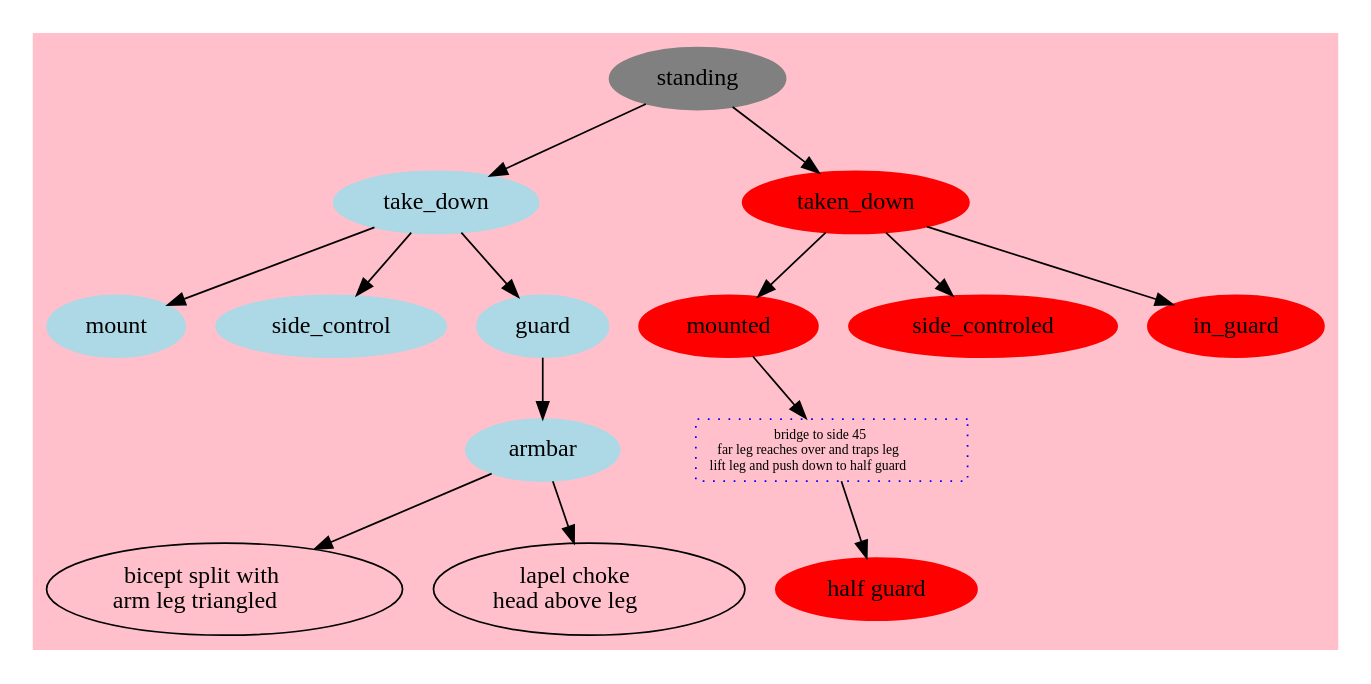
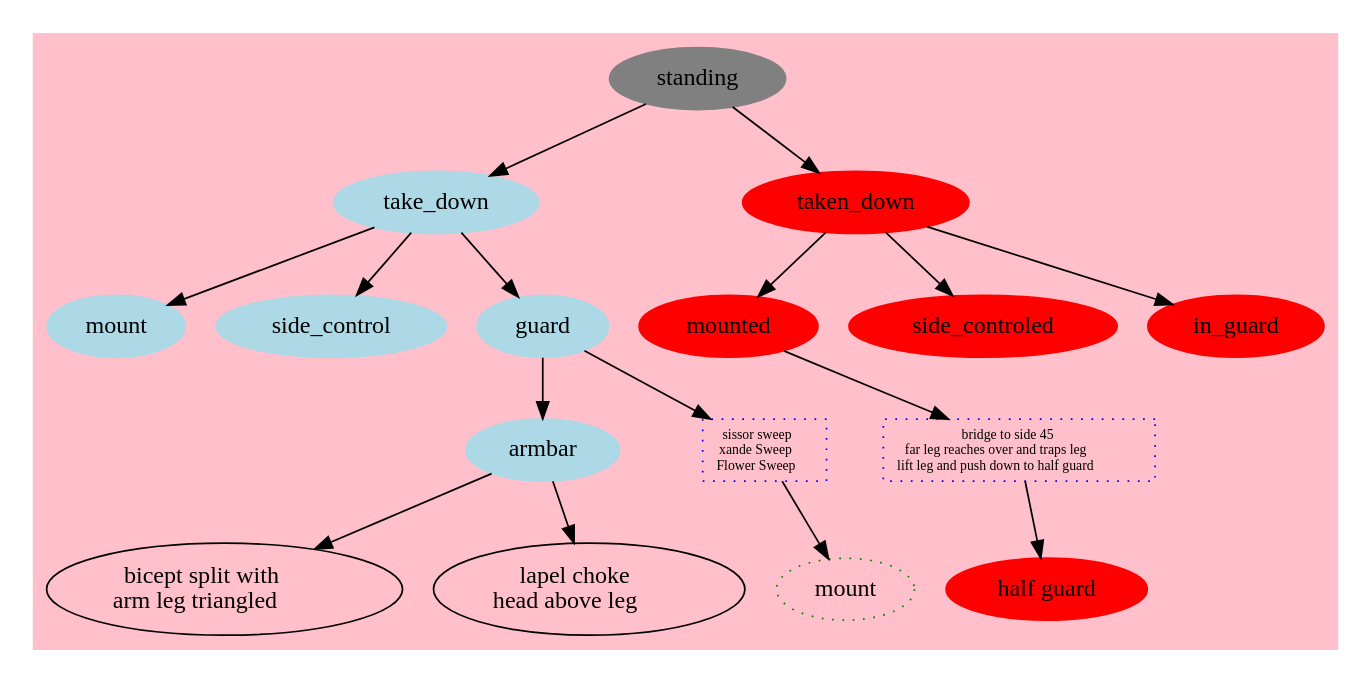
The diagram in jujitsu-moves.dot (carltonj2000/jujitsu), drawn with Graphviz before and after one commit. The commit also changed 3 other files, not shown here.

```diff
--- a/jujitsu-moves.dot
+++ b/jujitsu-moves.dot
@@ -1,43 +1,57 @@
 digraph G {
     subgraph cluster0 {
         style=filled;
         color=pink;
         standing [style=filled,color=gray];
         standing -> take_down;
         standing-> taken_down;
         take_down [style=filled,color=lightblue];
         taken_down [style=filled,color=red];
         taken_down -> mounted;
         taken_down -> side_controled;
         taken_down -> in_guard;
         mounted [style=filled,color=red];
         mounted -> halfguardd -> halfguard;
         halfguard [label="half guard",style=filled, color=red];
         halfguardd [
             href="https://www.youtube.com/watch?v=q2OAJF__P2w", 
             shape=box,
             color=blue,
             style=dotted,
             fontsize=8, 
             label=< <table border="0" cellspacing="0" cellborder="0" cellpadding="0">
             <tr><td>bridge to side 45</td></tr>
             <tr><td>far leg reaches over and traps leg</td></tr>
             <tr><td>lift leg and push down to half guard</td></tr>
             </table> >
         ];        
         side_controled [style=filled,color=red];
         in_guard [style=filled,color=red];
         take_down -> mount;
         take_down -> side_control;
         take_down -> guard;
         mount [style=filled,color=lightblue];
         side_control [style=filled,color=lightblue];
         guard [style=filled,color=lightblue];
         guard -> armbar;
         armbar [style=filled,color=lightblue];
+        guard -> sweepSissor -> mounte1;
+        sweepSissor [
+            href="https://www.youtube.com/watch?v=HHs1ftjayUw", 
+            shape=box,
+            color=blue,
+            style=dotted,
+            fontsize=8, 
+            label=< <table border="0" cellspacing="0" cellborder="0" cellpadding="0">
+            <tr><td>sissor sweep</td></tr>
+            <tr><td>xande Sweep</td></tr>
+            <tr><td>Flower Sweep</td></tr>
+            </table> >
+        ];
+        mounte1 [style=dotted,color=green, label=mount];
         armbar -> ltr;
         ltr [label=<bicept split with<br/> arm leg triangled>];
         armbar -> choke
         choke [label=<lapel choke<br/> head above leg>];
     }
 }
```
